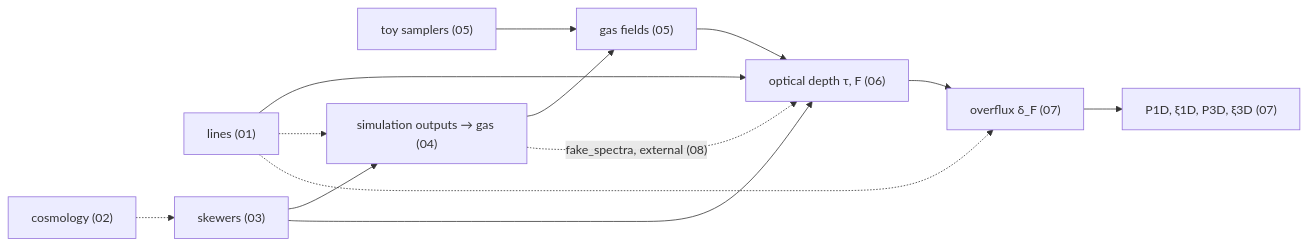
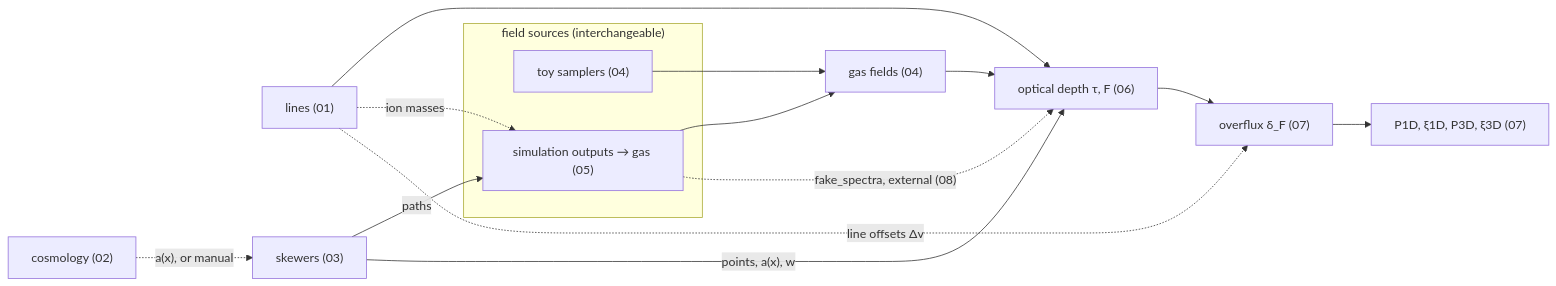
The second of 2 diagrams in README.md (daniellopezcano/SkewerJAX), drawn with Mermaid before and after one commit. The commit also changed other lines of this file and 41 other files, not shown here.

````diff
--- a/README.md
+++ b/README.md
@@ -84,15 +84,19 @@
 ```mermaid
 flowchart LR
     L["lines (01)"] --> T["optical depth τ, F (06)"]
-    TS["toy samplers (05)"] --> F["gas fields (05)"]
-    C["cosmology (02)"] -.-> K["skewers (03)"]
-    K --> SIM["simulation outputs → gas (04)"]
+    C["cosmology (02)"] -. "a(x), or manual" .-> K["skewers (03)"]
+    subgraph SRC["field sources (interchangeable)"]
+        TS["toy samplers (04)"]
+        SIM["simulation outputs → gas (05)"]
+    end
+    K -- paths --> SIM
+    L -. "ion masses" .-> SIM
+    TS --> F["gas fields (04)"]
     SIM --> F
     F --> T
-    K --> T
-    L -.-> SIM
+    K -- "points, a(x), w" --> T
     T --> O["overflux δ_F (07)"]
-    L -.-> O
+    L -. "line offsets Δv" .-> O
     O --> P["P1D, ξ1D, P3D, ξ3D (07)"]
     SIM -. "fake_spectra, external (08)" .-> T
 ```
````
